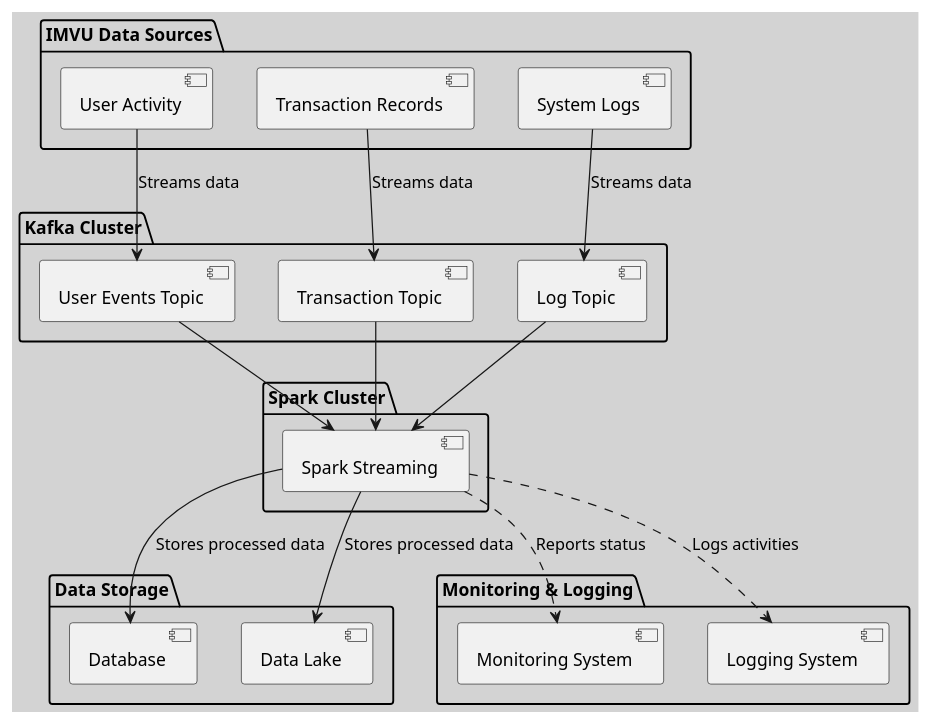
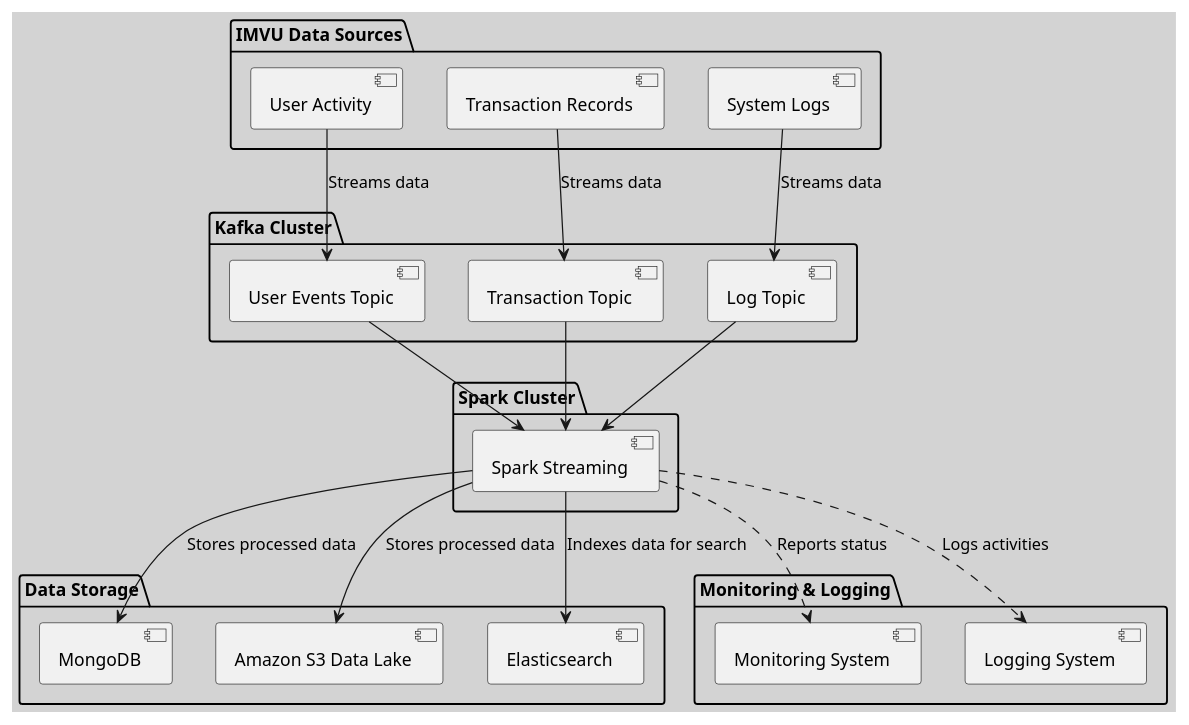
The diagram in imvu_system_architecture/imvu_kafka_spark_real_time_processing.puml (huangyingw/system_design), drawn with PlantUML before and after one commit.

```diff
--- a/imvu_system_architecture/imvu_kafka_spark_real_time_processing.puml
+++ b/imvu_system_architecture/imvu_kafka_spark_real_time_processing.puml
@@ -1,44 +1,46 @@
 @startuml
 skinparam backgroundColor #D3D3D3
 
 package "IMVU Data Sources" {
     [User Activity]
     [Transaction Records]
     [System Logs]
 }
 
 package "Kafka Cluster" {
     [User Events Topic]
     [Transaction Topic]
     [Log Topic]
 }
 
 package "Spark Cluster" {
     [Spark Streaming]
 }
 
 package "Data Storage" {
-    [Database]
-    [Data Lake]
+    [MongoDB]
+    [Amazon S3 Data Lake]
+    [Elasticsearch]
 }
 
 package "Monitoring & Logging" {
     [Monitoring System]
     [Logging System]
 }
 
 [User Activity] --> [User Events Topic] : Streams data
 [Transaction Records] --> [Transaction Topic] : Streams data
 [System Logs] --> [Log Topic] : Streams data
 
 [User Events Topic] --> [Spark Streaming]
 [Transaction Topic] --> [Spark Streaming]
 [Log Topic] --> [Spark Streaming]
 
-[Spark Streaming] --> [Database] : Stores processed data
-[Spark Streaming] --> [Data Lake] : Stores processed data
+[Spark Streaming] --> [MongoDB] : Stores processed data
+[Spark Streaming] --> [Amazon S3 Data Lake] : Stores processed data
+[Spark Streaming] --> [Elasticsearch] : Indexes data for search
 
 [Spark Streaming] ..> [Monitoring System] : Reports status
 [Spark Streaming] ..> [Logging System] : Logs activities
 
 @enduml
```
